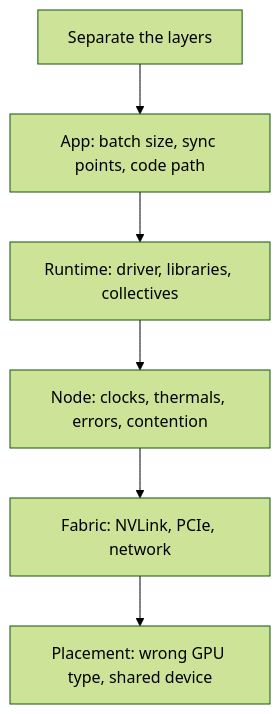
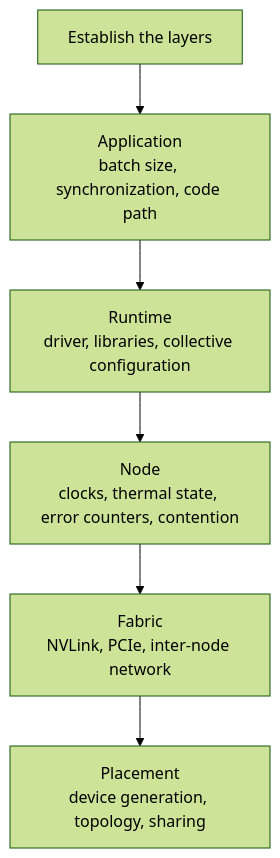
The third of 3 diagrams in systems_design/05-operations-and-cost.md (arpanpathak/cracking-the-systems-programming-interview), drawn with Mermaid (forest theme) before and after one commit. The commit also changed other lines of this file and 6 other files, not shown here.

````diff
--- a/systems_design/05-operations-and-cost.md
+++ b/systems_design/05-operations-and-cost.md
@@ -85,8 +72,8 @@
 ```mermaid
 flowchart TB
-    S["Separate the layers"] --> L1["App: batch size, sync points, code path"]
-    L1 --> L2["Runtime: driver, libraries, collectives"]
-    L2 --> L3["Node: clocks, thermals, errors, contention"]
-    L3 --> L4["Fabric: NVLink, PCIe, network"]
-    L4 --> L5["Placement: wrong GPU type, shared device"]
+    S["Establish the layers"] --> L1["Application<br/>batch size, synchronization, code path"]
+    L1 --> L2["Runtime<br/>driver, libraries, collective configuration"]
+    L2 --> L3["Node<br/>clocks, thermal state, error counters, contention"]
+    L3 --> L4["Fabric<br/>NVLink, PCIe, inter-node network"]
+    L4 --> L5["Placement<br/>device generation, topology, sharing"]
 ```
````
